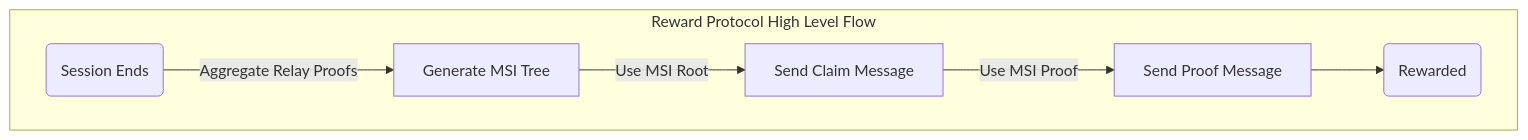
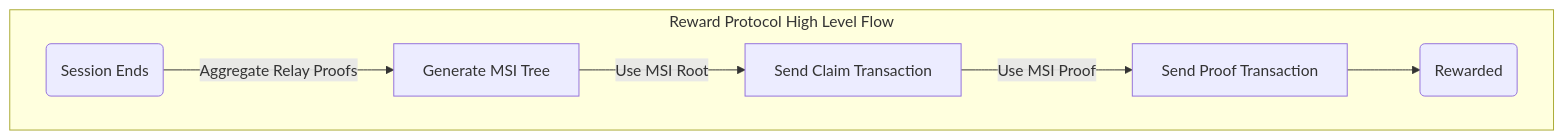
The first of 5 diagrams in doc/specs/reward_protocol.md (pokt-network/pocket-core), drawn with Mermaid before and after one commit. The commit also changed other lines of this file, not shown here.

````diff
--- a/doc/specs/reward_protocol.md
+++ b/doc/specs/reward_protocol.md
@@ -23,9 +40,9 @@
 ```mermaid
 graph TD
     subgraph "Reward Protocol High Level Flow"
-        A(Session Ends) --> |Aggregate Relay Proofs|B
-        B[Generate MSI Tree] --> |Use MSI Root|C
-        C[Send Claim Message] --> |Use MSI Proof|D
-        D[Send Proof Message] --> E(Rewarded)
+        A(Session Ends) --> |Aggregate Relay Proofs| B
+        B[Generate MSI Tree] --> |Use MSI Root| C
+        C[Send Claim Transaction] --> |Use MSI Proof| D
+        D[Send Proof Transaction] --> E(Rewarded)
     end
 ```
````
